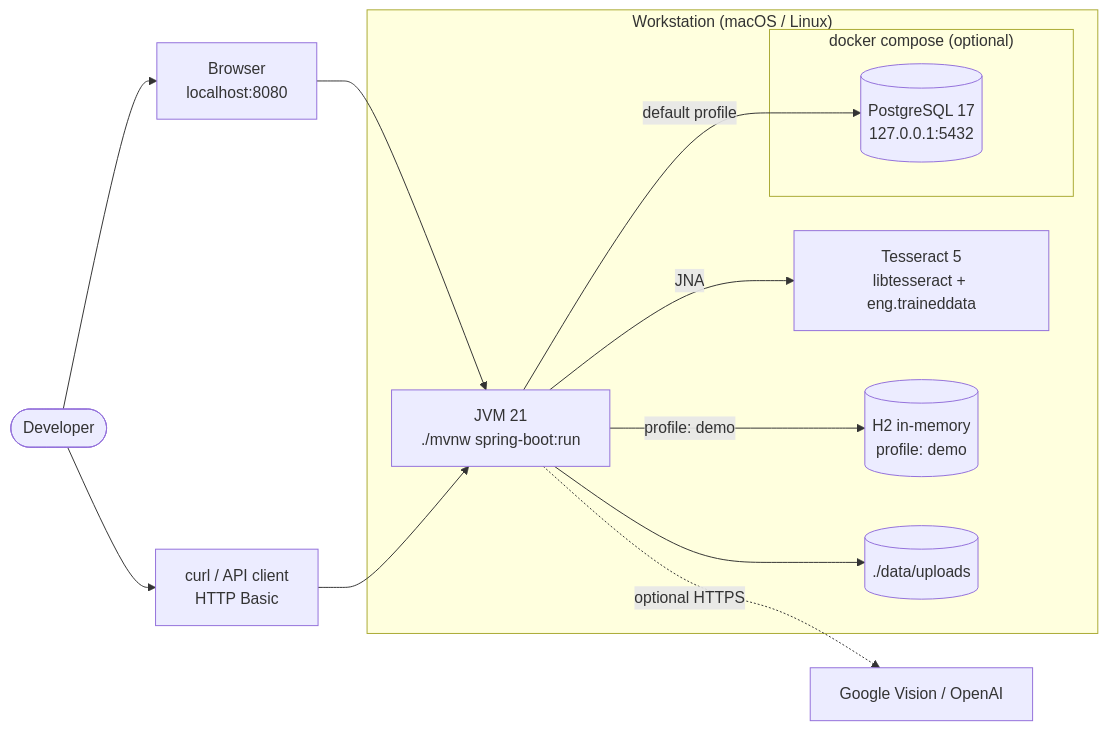
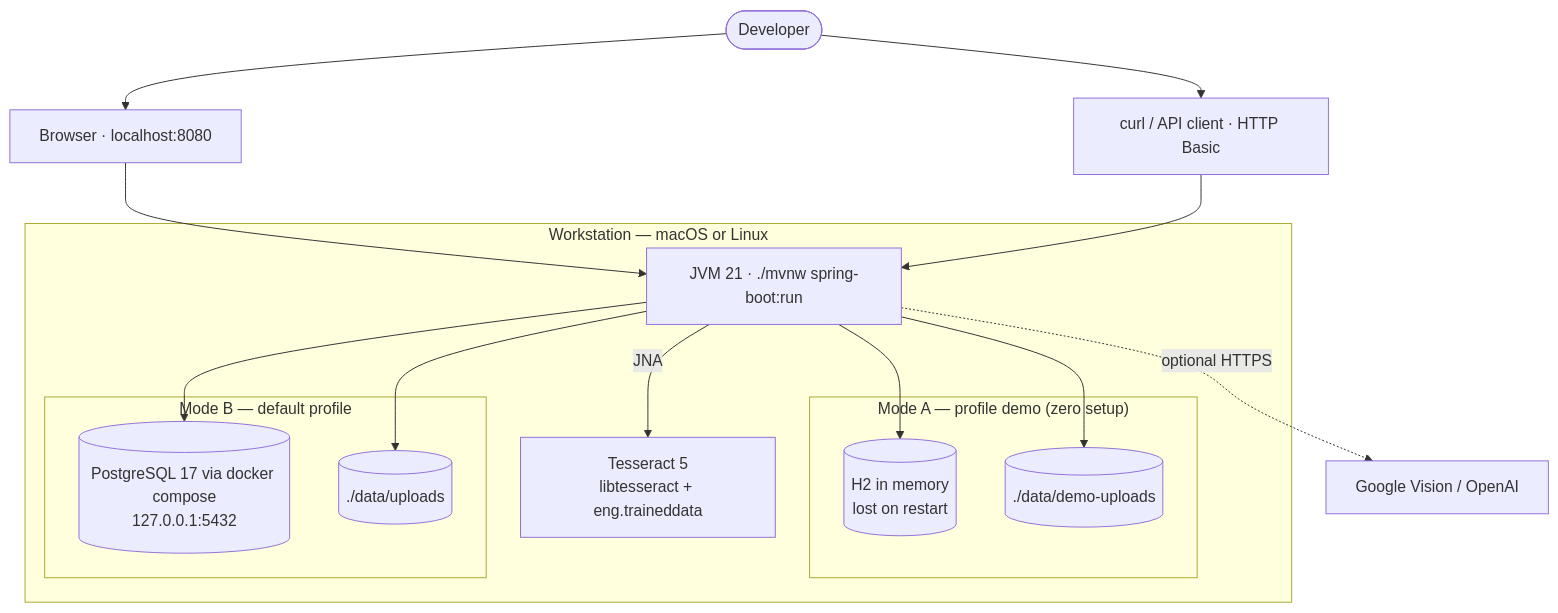
One commit to SarvariVin/ttb-label-verification changed the diagram in docs/diagrams/09-infra-local.mmd. Above: the diagram before and after it, drawn with Mermaid. The commit also changed 251 other files, not shown here.

```diff
--- a/docs/diagrams/09-infra-local.mmd
+++ b/docs/diagrams/09-infra-local.mmd
@@ -1,20 +1,24 @@
-%% Infrastructure — developer workstation
-flowchart LR
-    dev(["Developer"]) --> browser["Browser<br/>localhost:8080"]
-    dev --> cli["curl / API client<br/>HTTP Basic"]
-    subgraph ws["Workstation (macOS / Linux)"]
-        jvm["JVM 21<br/>./mvnw spring-boot:run"]
+%% Infrastructure — developer workstation, two ways to run
+flowchart TB
+    dev(["Developer"]) --> browser["Browser · localhost:8080"]
+    dev --> cli["curl / API client · HTTP Basic"]
+
+    subgraph ws["Workstation — macOS or Linux"]
+        jvm["JVM 21 · ./mvnw spring-boot:run"]
         tess["Tesseract 5<br/>libtesseract + eng.traineddata"]
-        h2[("H2 in-memory<br/>profile: demo")]
-        fs[("./data/uploads")]
-        subgraph compose["docker compose (optional)"]
-            pg[("PostgreSQL 17<br/>127.0.0.1:5432")]
+        jvm -- "JNA" --> tess
+
+        subgraph demo["Mode A — profile demo (zero setup)"]
+            h2[("H2 in memory<br/>lost on restart")]
+            fs1[("./data/demo-uploads")]
+        end
+        subgraph std["Mode B — default profile"]
+            pg[("PostgreSQL 17 via docker compose<br/>127.0.0.1:5432")]
+            fs2[("./data/uploads")]
         end
     end
-    browser --> jvm
-    cli --> jvm
-    jvm -- JNA --> tess
-    jvm -- "profile: demo" --> h2
-    jvm -- "default profile" --> pg
-    jvm --> fs
+
+    browser & cli --> jvm
+    jvm --> h2 & fs1
+    jvm --> pg & fs2
     jvm -. "optional HTTPS" .-> ext["Google Vision / OpenAI"]
```
